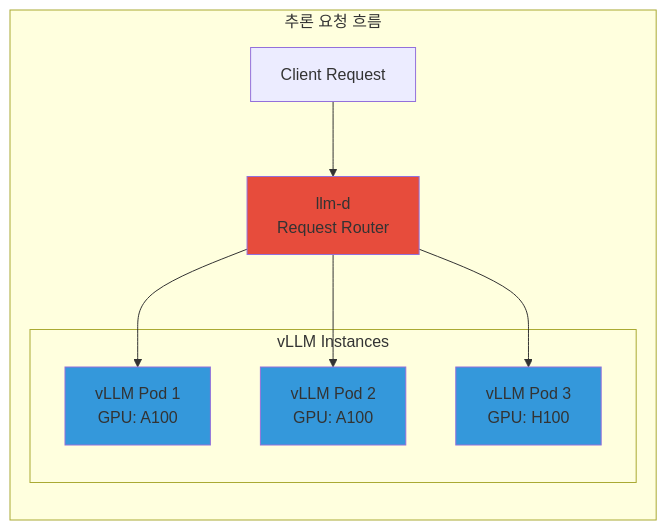
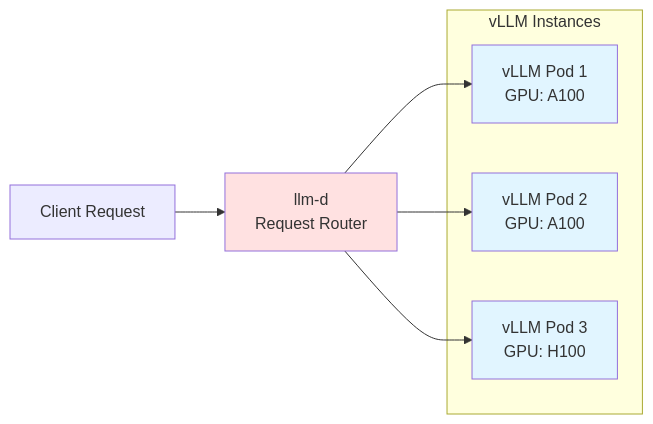
One commit to devfloor9/engineering-playbook changed the fifth of 16 diagrams in docs/agentic-ai-platform/design-architecture/agentic-ai-challenges.md. Above: the diagram before and after it, drawn with Mermaid. The commit also changed other lines of this file and 24 other files, not shown here.

````diff
--- a/docs/agentic-ai-platform/design-architecture/agentic-ai-challenges.md
+++ b/docs/agentic-ai-platform/design-architecture/agentic-ai-challenges.md
@@ -220,23 +220,21 @@
 ```mermaid
-graph LR
-    subgraph "추론 요청 흐름"
-        REQ["Client Request"]
-        LLMD["llm-d<br/>Request Router"]
+flowchart LR
+    REQ["Client Request"]
+    LLMD["llm-d<br/>Request Router"]
 
-        subgraph "vLLM Instances"
-            V1["vLLM Pod 1<br/>GPU: A100"]
-            V2["vLLM Pod 2<br/>GPU: A100"]
-            V3["vLLM Pod 3<br/>GPU: H100"]
-        end
+    subgraph VllmInstances["vLLM Instances"]
+        V1["vLLM Pod 1<br/>GPU: A100"]
+        V2["vLLM Pod 2<br/>GPU: A100"]
+        V3["vLLM Pod 3<br/>GPU: H100"]
     end
 
     REQ --> LLMD
     LLMD --> V1
     LLMD --> V2
     LLMD --> V3
 
-    style LLMD fill:#e74c3c
-    style V1 fill:#3498db
-    style V2 fill:#3498db
-    style V3 fill:#3498db
+    style LLMD fill:#ffe1e1
+    style V1 fill:#e1f5ff
+    style V2 fill:#e1f5ff
+    style V3 fill:#e1f5ff
 ```
````
